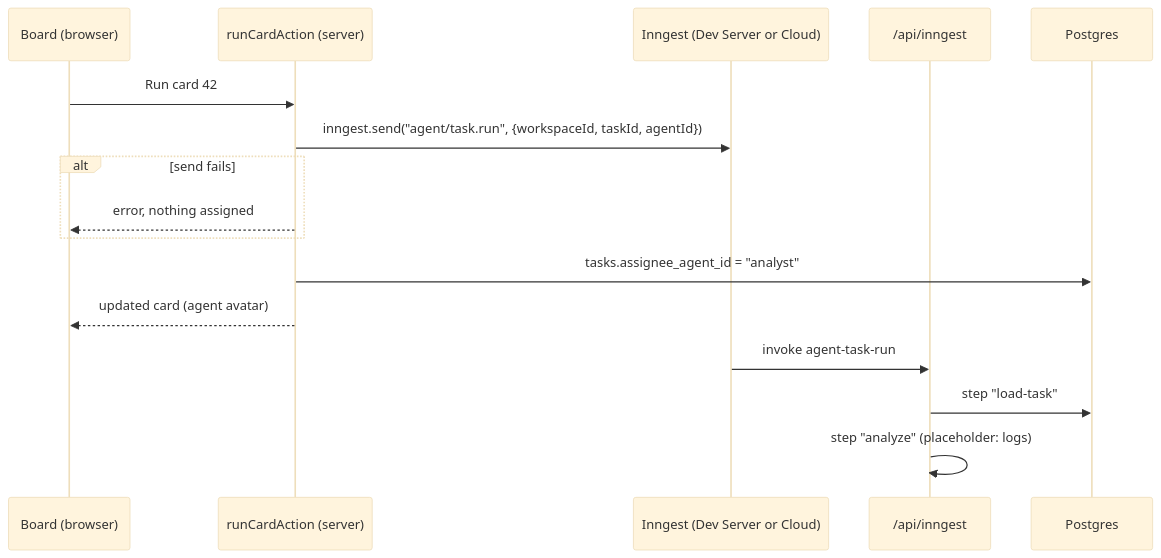
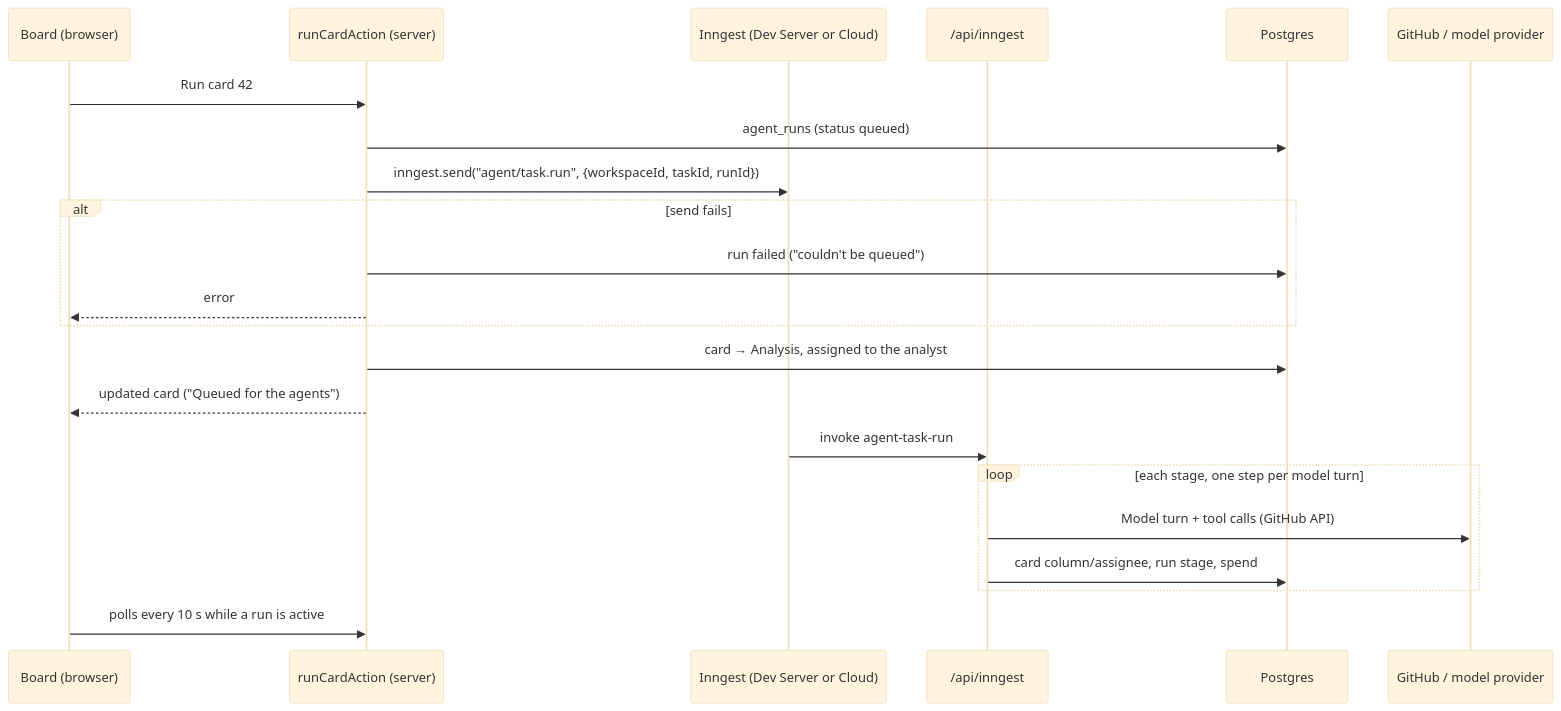
One commit to johanso/techcrew changed the diagram in docs/background-jobs.md. Above: the diagram before and after it, drawn with Mermaid (base theme). The commit also changed other lines of this file and 60 other files, not shown here.

````diff
--- a/docs/background-jobs.md
+++ b/docs/background-jobs.md
@@ -17,19 +18,25 @@
 ```mermaid
 sequenceDiagram
     participant B as Board (browser)
     participant A as runCardAction (server)
     participant I as Inngest (Dev Server or Cloud)
     participant F as /api/inngest
     participant DB as Postgres
+    participant GH as GitHub / model provider
 
     B->>A: Run card 42
-    A->>I: inngest.send("agent/task.run", {workspaceId, taskId, agentId})
+    A->>DB: agent_runs (status queued)
+    A->>I: inngest.send("agent/task.run", {workspaceId, taskId, runId})
     alt send fails
-        A-->>B: error, nothing assigned
+        A->>DB: run failed ("couldn't be queued")
+        A-->>B: error
     end
-    A->>DB: tasks.assignee_agent_id = "analyst"
-    A-->>B: updated card (agent avatar)
+    A->>DB: card → Analysis, assigned to the analyst
+    A-->>B: updated card ("Queued for the agents")
     I->>F: invoke agent-task-run
-    F->>DB: step "load-task"
-    F->>F: step "analyze" (placeholder: logs)
+    loop each stage, one step per model turn
+        F->>GH: Model turn + tool calls (GitHub API)
+        F->>DB: card column/assignee, run stage, spend
+    end
+    B->>A: polls every 10 s while a run is active
 ```
````
